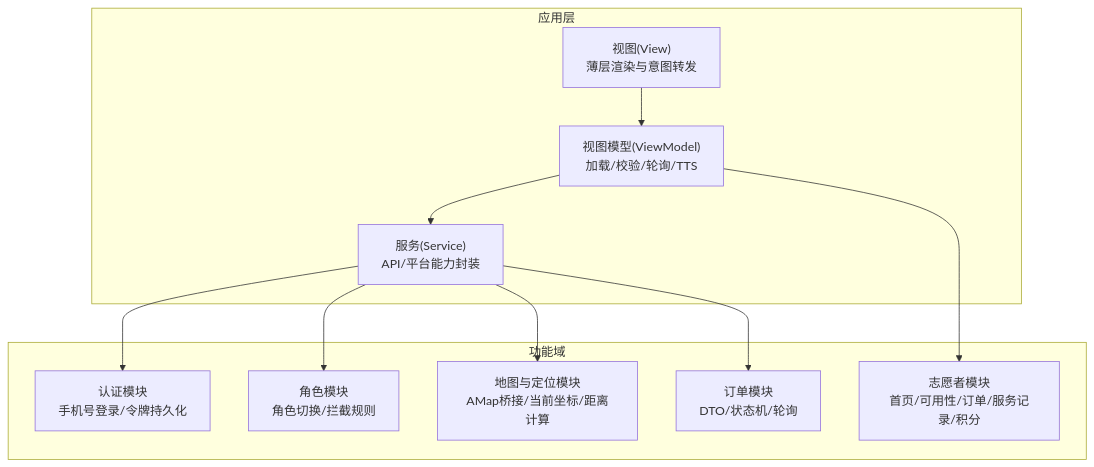
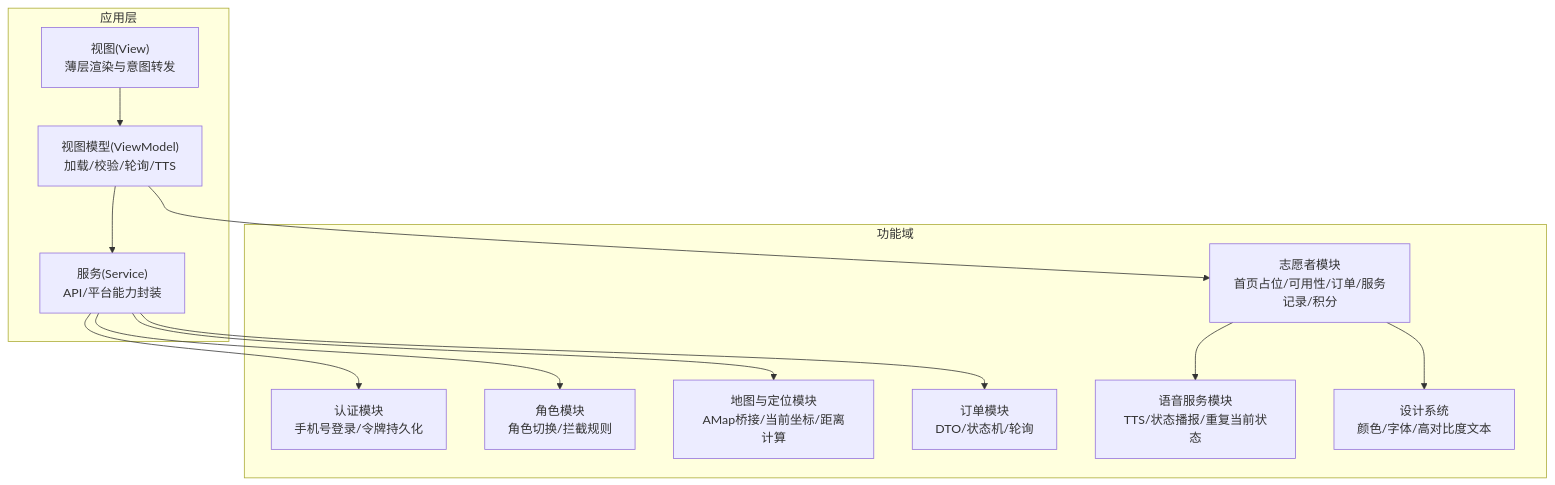
One commit to Jayden23018/blind-run-ios changed the first of 12 diagrams in .qoder/repowiki/zh/content/架构设计/模块化架构设计/Volunteer 志愿者模块.md. Above: the diagram before and after it, drawn with Mermaid. The commit also changed other lines of this file and 21 other files, not shown here.

````diff
--- a/.qoder/repowiki/zh/content/架构设计/模块化架构设计/Volunteer 志愿者模块.md
+++ b/.qoder/repowiki/zh/content/架构设计/模块化架构设计/Volunteer 志愿者模块.md
@@ -31,22 +48,26 @@
 ```mermaid
 graph TB
 subgraph "应用层"
 Views["视图(View)<br/>薄层渲染与意图转发"]
 VM["视图模型(ViewModel)<br/>加载/校验/轮询/TTS"]
 Services["服务(Service)<br/>API/平台能力封装"]
 end
 subgraph "功能域"
 Auth["认证模块<br/>手机号登录/令牌持久化"]
 Role["角色模块<br/>角色切换/拦截规则"]
 Map["地图与定位模块<br/>AMap桥接/当前坐标/距离计算"]
 Orders["订单模块<br/>DTO/状态机/轮询"]
-Volunteer["志愿者模块<br/>首页/可用性/订单/服务记录/积分"]
+Volunteer["志愿者模块<br/>首页占位/可用性/订单/服务记录/积分"]
+Voice["语音服务模块<br/>TTS/状态播报/重复当前状态"]
+Design["设计系统<br/>颜色/字体/高对比度文本"]
 end
 Views --> VM
 VM --> Services
 Services --> Orders
 Services --> Map
 Services --> Auth
 Services --> Role
 VM --> Volunteer
+Volunteer --> Voice
+Volunteer --> Design
 ```
````
